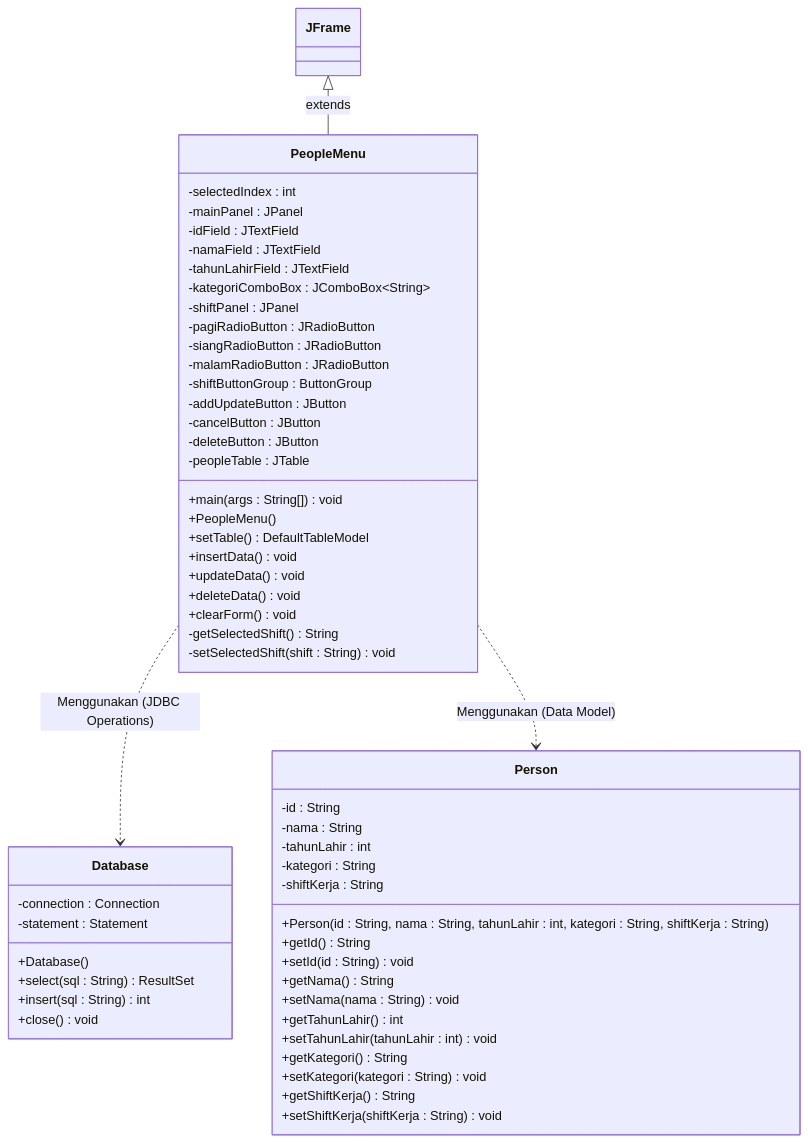
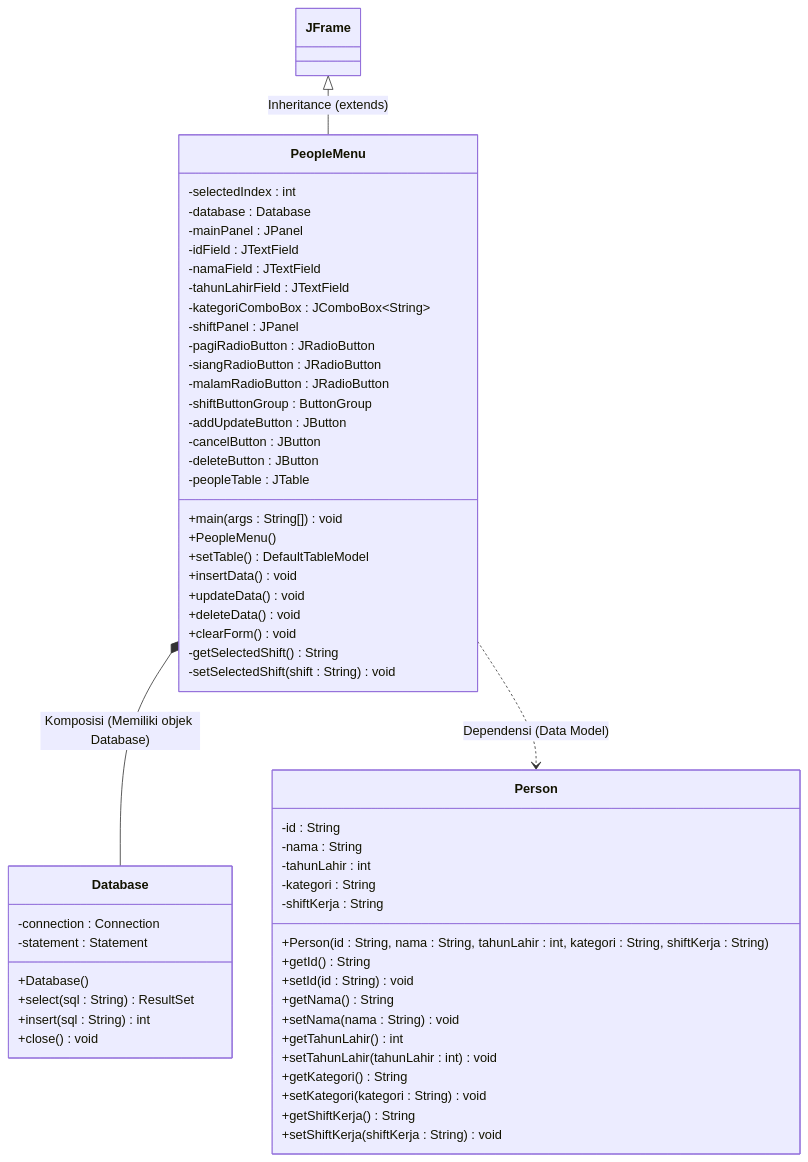
The diagram in README.md (Zidane-m/TP5DPBO2526C2), drawn with Mermaid before and after one commit.

Commit message:
modify: readme

````diff
--- a/README.md
+++ b/README.md
@@ -23,61 +23,62 @@
 ```mermaid
 classDiagram
-    JFrame <|-- PeopleMenu : extends
-    PeopleMenu ..> Database : Menggunakan (JDBC Operations)
-    PeopleMenu ..> Person : Menggunakan (Data Model)
+    JFrame <|-- PeopleMenu : Inheritance (extends)
+    PeopleMenu *-- Database : Komposisi (Memiliki objek Database)
+    PeopleMenu ..> Person : Dependensi (Data Model)
 
     class Database {
         -connection : Connection
         -statement : Statement
         +Database()
         +select(sql : String) ResultSet
         +insert(sql : String) int
         +close() void
     }
 
     class Person {
         -id : String
         -nama : String
         -tahunLahir : int
         -kategori : String
         -shiftKerja : String
         +Person(id : String, nama : String, tahunLahir : int, kategori : String, shiftKerja : String)
         +getId() String
         +setId(id : String) void
         +getNama() String
         +setNama(nama : String) void
         +getTahunLahir() int
         +setTahunLahir(tahunLahir : int) void
         +getKategori() String
         +setKategori(kategori : String) void
         +getShiftKerja() String
         +setShiftKerja(shiftKerja : String) void
     }
 
     class PeopleMenu {
         -selectedIndex : int
+        -database : Database
         -mainPanel : JPanel
         -idField : JTextField
         -namaField : JTextField
         -tahunLahirField : JTextField
         -kategoriComboBox : JComboBox~String~
         -shiftPanel : JPanel
         -pagiRadioButton : JRadioButton
         -siangRadioButton : JRadioButton
         -malamRadioButton : JRadioButton
         -shiftButtonGroup : ButtonGroup
         -addUpdateButton : JButton
         -cancelButton : JButton
         -deleteButton : JButton
         -peopleTable : JTable
         +main(args : String[]) void
         +PeopleMenu()
         +setTable() DefaultTableModel
         +insertData() void
         +updateData() void
         +deleteData() void
         +clearForm() void
         -getSelectedShift() String
         -setSelectedShift(shift : String) void
     }
 ```
````
